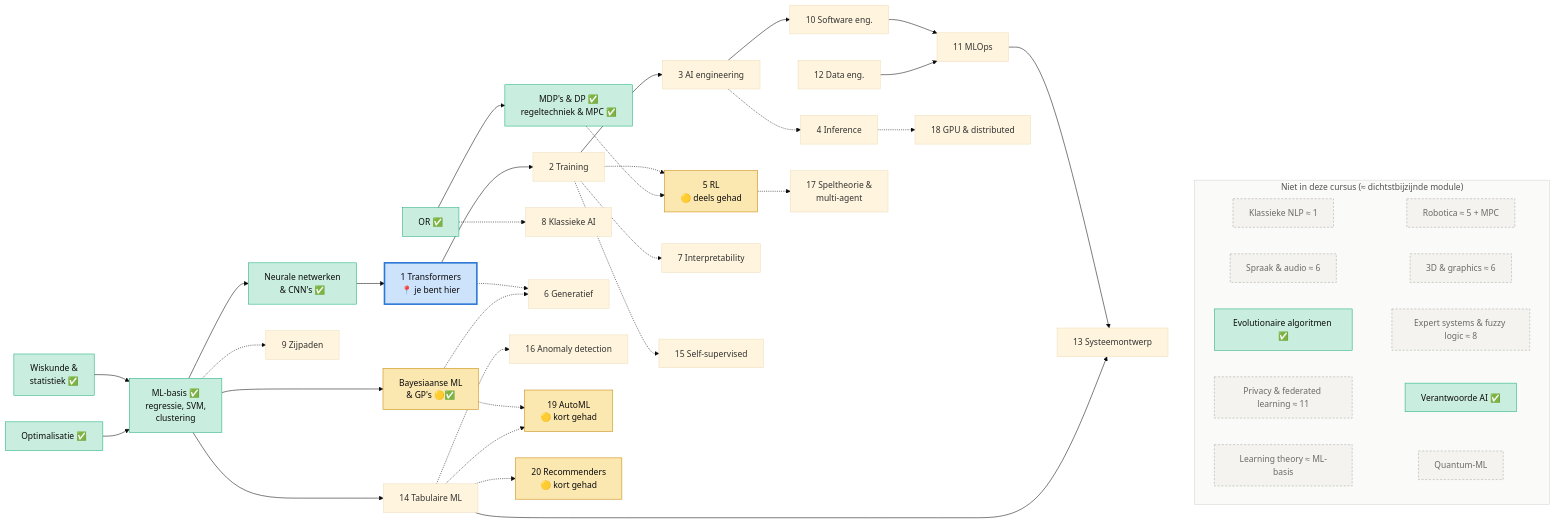
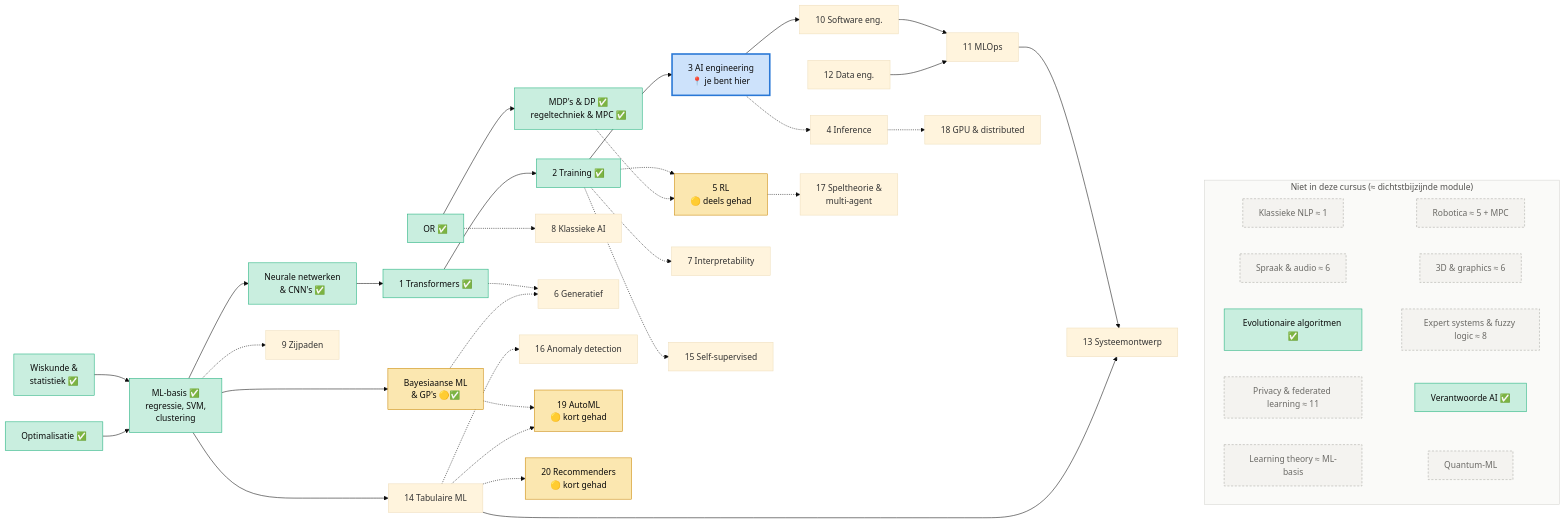
One commit to jeroenderuijter2002/Self-learning-AI changed the diagram in README.md. Above: the diagram before and after it, drawn with Mermaid (base theme). The commit also changed other lines of this file and 54 other files, not shown here.

````diff
--- a/README.md
+++ b/README.md
@@ -61,62 +61,62 @@
 ```mermaid
 flowchart LR
     W["Wiskunde &<br/>statistiek ✅"] --> MLB["ML-basis ✅<br/>regressie, SVM,<br/>clustering"]
     OPT["Optimalisatie ✅"] --> MLB
     MLB --> NN["Neurale netwerken<br/>& CNN's ✅"]
     MLB --> BAY["Bayesiaanse ML<br/>& GP's 🟡✅"]
     OR["OR ✅"] --> MDP["MDP's & DP ✅<br/>regeltechniek & MPC ✅"]
 
-    NN --> M1["1 Transformers<br/>📍 je bent hier"]
-    M1 --> M2["2 Training"] --> M3["3 AI engineering"]
+    NN --> M1["1 Transformers ✅"]
+    M1 --> M2["2 Training ✅"] --> M3["3 AI engineering<br/>📍 je bent hier"]
     M3 --> M10["10 Software eng."] --> M11["11 MLOps"]
     M11 --> M13["13 Systeemontwerp"]
     M14["14 Tabulaire ML"] --> M13
     M12["12 Data eng."] --> M11
     MLB --> M14
     M3 -.-> M4["4 Inference"]
     M2 -.-> M5["5 RL<br/>🟡 deels gehad"]
     MDP -.-> M5
     OR -.-> M8["8 Klassieke AI"]
     M2 -.-> M7["7 Interpretability"]
     M1 -.-> M6["6 Generatief"]
     BAY -.-> M6
     MLB -.-> M9["9 Zijpaden"]
     M2 -.-> M15["15 Self-supervised"]
     M14 -.-> M16["16 Anomaly detection"]
     M5 -.-> M17["17 Speltheorie &<br/>multi-agent"]
     M4 -.-> M18["18 GPU & distributed"]
     BAY -.-> M19["19 AutoML<br/>🟡 kort gehad"]
     M14 -.-> M19
     M14 -.-> M20["20 Recommenders<br/>🟡 kort gehad"]
 
     subgraph NIET["Niet in deze cursus (≈ dichtstbijzijnde module)"]
         direction LR
         X1["Klassieke NLP ≈ 1"]
         X10["Robotica ≈ 5 + MPC"]
         X2["Spraak & audio ≈ 6"]
         X3["3D & graphics ≈ 6"]
         X7["Evolutionaire algoritmen ✅"]
         X8["Expert systems & fuzzy logic ≈ 8"]
         X12["Privacy & federated learning ≈ 11"]
         X13["Verantwoorde AI ✅"]
         X5["Learning theory ≈ ML-basis"]
         X14["Quantum-ML"]
         X1 ~~~ X10
         X2 ~~~ X3
         X7 ~~~ X8
         X12 ~~~ X13
         X5 ~~~ X14
     end
     M13 ~~~ NIET
 
     classDef had fill:#c9eedf,stroke:#1baf7a,color:#0b0b0b
     classDef bezig fill:#fbe7b0,stroke:#c98500,color:#0b0b0b
     classDef nu fill:#cde2fb,stroke:#2a78d6,stroke-width:3px,color:#0b0b0b
     classDef niet fill:#f4f3f0,stroke:#a8a7a2,color:#6b6a66,stroke-dasharray:4 3
-    class W,OPT,MLB,NN,OR,MDP had
+    class W,OPT,MLB,NN,OR,MDP,M1,M2 had
     class BAY,M5,M19,M20 bezig
-    class M1 nu
+    class M3 nu
     class X1,X2,X3,X5,X8,X10,X12,X14 niet
     class X7,X13 had
     style NIET fill:#fafaf8,stroke:#d6d5d0,color:#52514e
 ```
````
